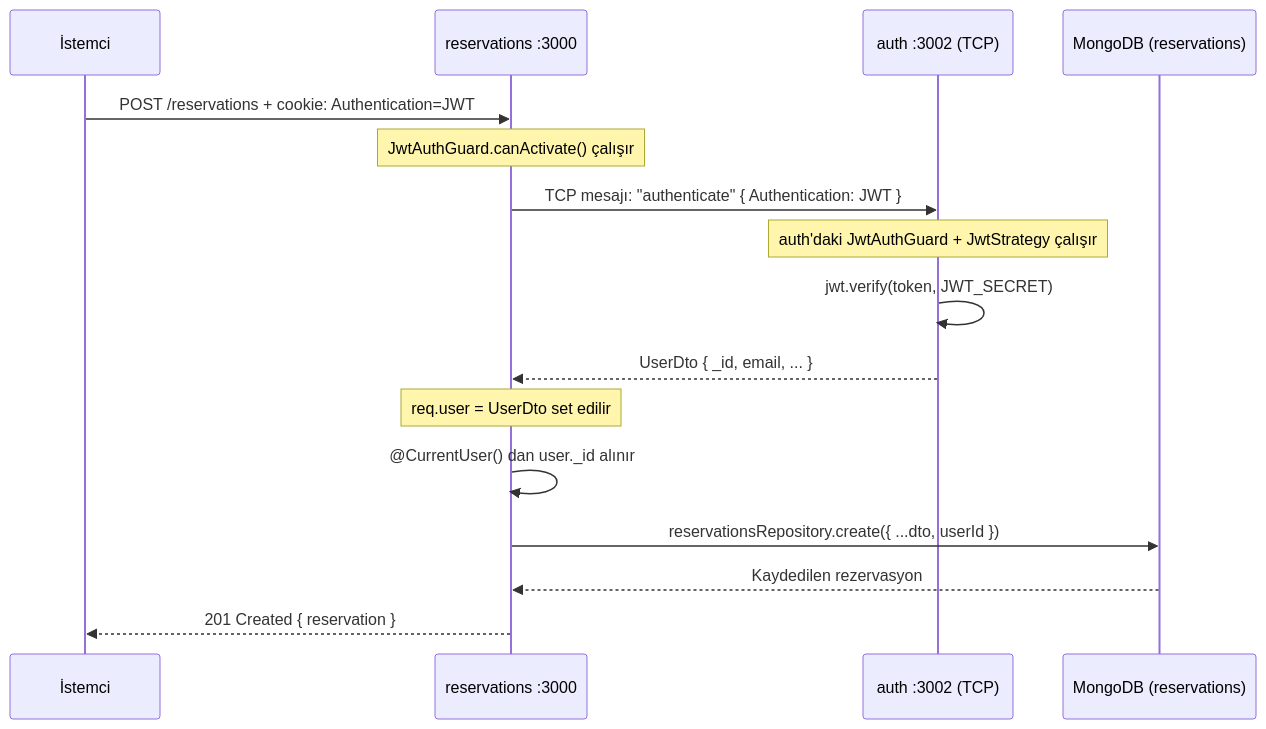
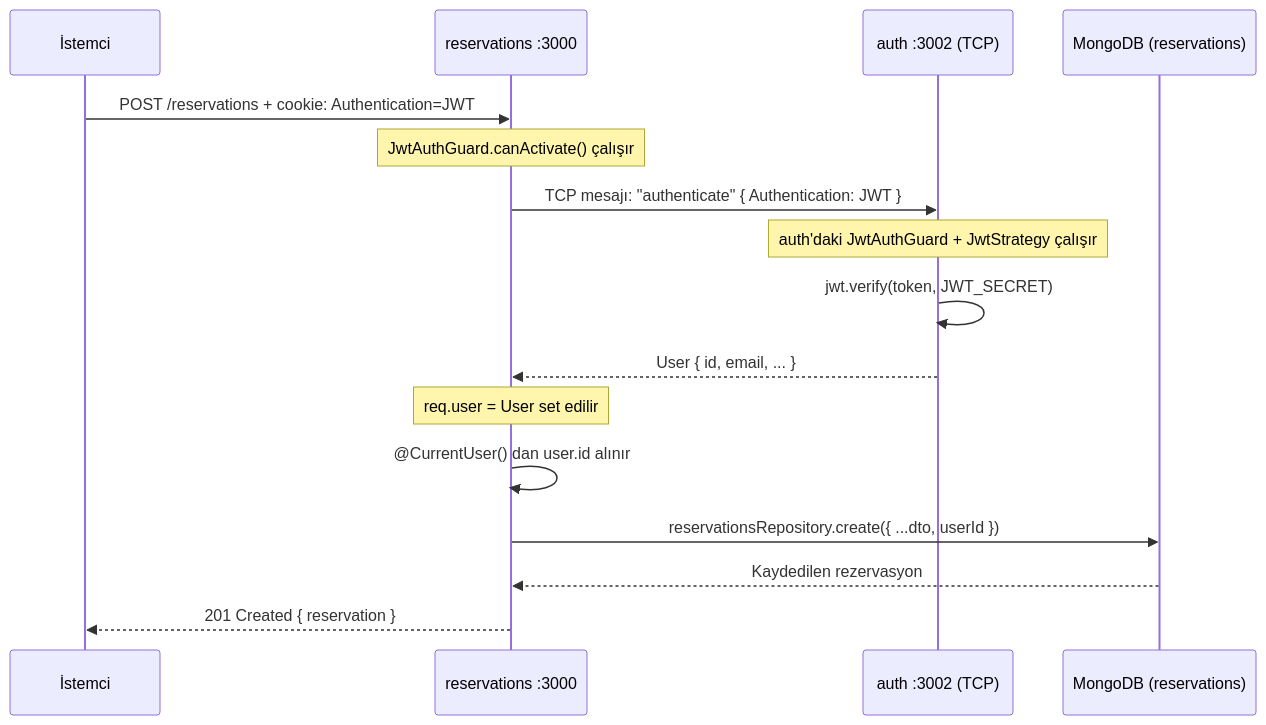
One commit to HuseyinKaraman/nestjs-microservice changed the third of 7 diagrams in docs/ARCHITECTURE.md. Above: the diagram before and after it, drawn with Mermaid. The commit also changed other lines of this file and 37 other files, not shown here.

````diff
--- a/docs/ARCHITECTURE.md
+++ b/docs/ARCHITECTURE.md
@@ -78,19 +78,19 @@
 ```mermaid
 sequenceDiagram
     participant C as İstemci
     participant R as reservations :3000
     participant A as auth :3002 (TCP)
     participant DB as MongoDB (reservations)
 
     C->>R: POST /reservations + cookie: Authentication=JWT
     Note over R: JwtAuthGuard.canActivate() çalışır
     R->>A: TCP mesajı: "authenticate" { Authentication: JWT }
     Note over A: auth'daki JwtAuthGuard + JwtStrategy çalışır
     A->>A: jwt.verify(token, JWT_SECRET)
-    A-->>R: UserDto { _id, email, ... }
-    Note over R: req.user = UserDto set edilir
-    R->>R: @CurrentUser() dan user._id alınır
+    A-->>R: User { id, email, ... }
+    Note over R: req.user = User set edilir
+    R->>R: @CurrentUser() dan user.id alınır
     R->>DB: reservationsRepository.create({ ...dto, userId })
     DB-->>R: Kaydedilen rezervasyon
     R-->>C: 201 Created { reservation }
 ```
````
